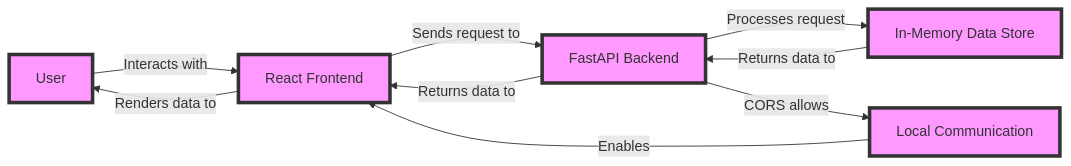
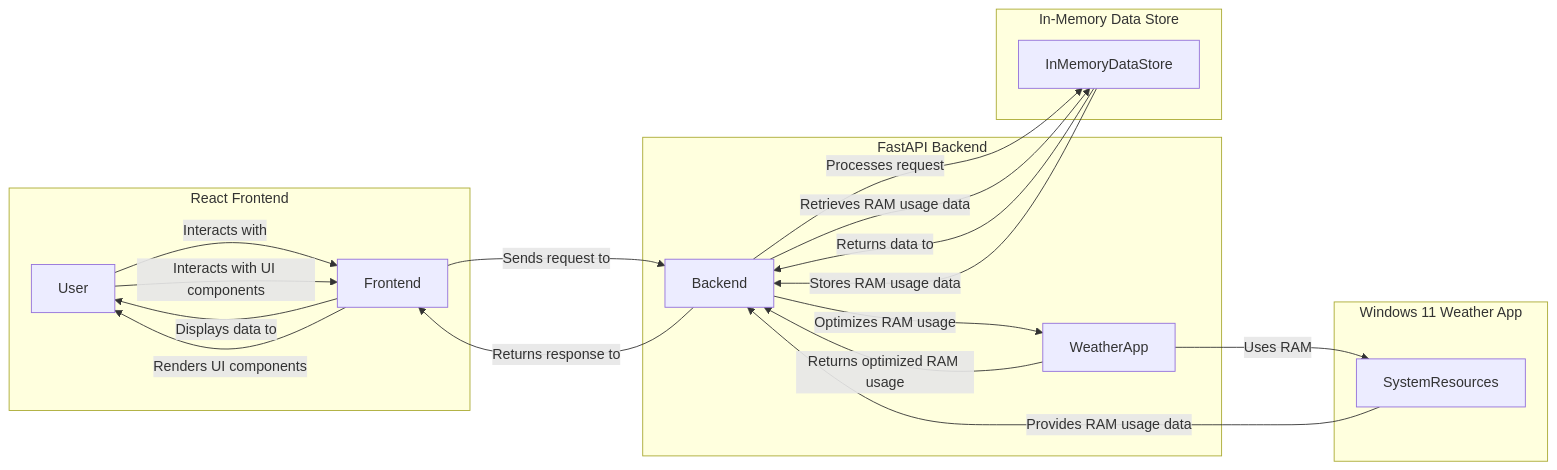
Before and after one commit to coddyieee-sketch/ram-weather-optimizer-tool: the diagram in README.md, drawn with Mermaid. The commit also changed other lines of this file and 5 other files, not shown here.

First line of the commit message:
feat: initial release of ram-weather-optimizer-tool for 'Windows 11's built-in Weather app wastes more than 1 GB of RAM'

````diff
--- a/README.md
+++ b/README.md
@@ -23,16 +21,25 @@
 ```mermaid
 graph LR
-    A[User] -->|Interacts with| B[React Frontend]
-    B -->|Sends request to| C[FastAPI Backend]
-    C -->|Processes request| D[In-Memory Data Store]
-    D -->|Returns data to| C
-    C -->|Returns data to| B
-    B -->|Renders data to| A
-    C -->|CORS allows| E[Local Communication]
-    E -->|Enables| B
-    style A fill:#f9f,stroke:#333,stroke-width:4px
-    style B fill:#f9f,stroke:#333,stroke-width:4px
-    style C fill:#f9f,stroke:#333,stroke-width:4px
-    style D fill:#f9f,stroke:#333,stroke-width:4px
-    style E fill:#f9f,stroke:#333,stroke-width:4px
+    User -->|Interacts with| Frontend
+    Frontend -->|Sends request to| Backend
+    Backend -->|Processes request| InMemoryDataStore
+    InMemoryDataStore -->|Returns data to| Backend
+    Backend -->|Returns response to| Frontend
+    Frontend -->|Displays data to| User
+    subgraph FastAPI Backend
+        Backend -->|Optimizes RAM usage| WeatherApp
+        WeatherApp -->|Returns optimized RAM usage| Backend
+    end
+    subgraph React Frontend
+        Frontend -->|Renders UI components| User
+        User -->|Interacts with UI components| Frontend
+    end
+    subgraph In-Memory Data Store
+        InMemoryDataStore -->|Stores RAM usage data| Backend
+        Backend -->|Retrieves RAM usage data| InMemoryDataStore
+    end
+    subgraph Windows 11 Weather App
+        WeatherApp -->|Uses RAM| SystemResources
+        SystemResources -->|Provides RAM usage data| Backend
+    end
 ```
````
